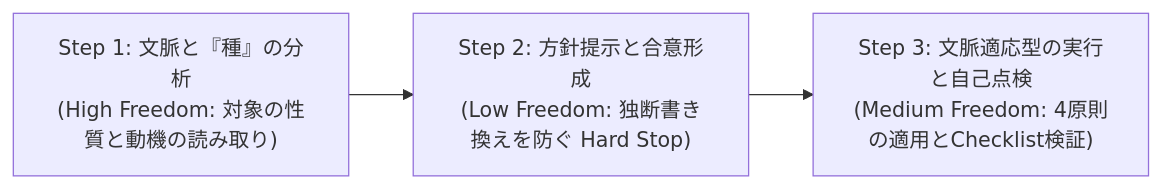
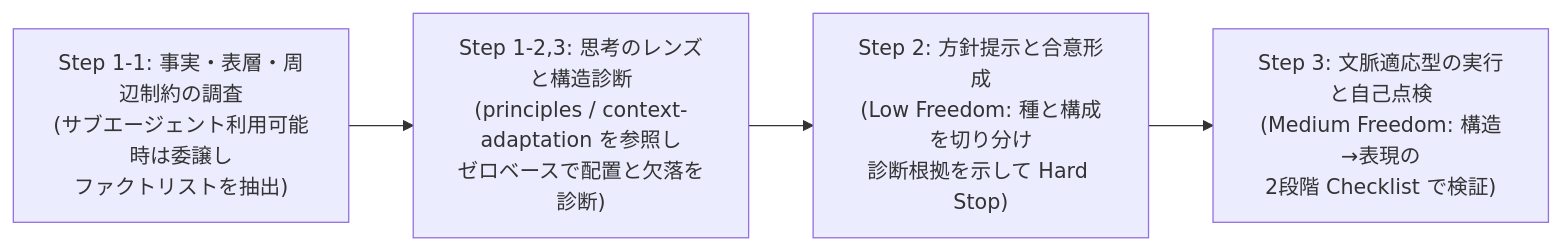
One commit to DovahkiinYuzuko/explorations-in-documentation changed the diagram in ARCHITECTURE.md. Above: the diagram before and after it, drawn with Mermaid. The commit also changed other lines of this file and 2 other files, not shown here.

First line of the commit message:
[fix] doc-refineスキルの表層化防止・責務分離とARCHITECTURE.md追従更新

````diff
--- a/ARCHITECTURE.md
+++ b/ARCHITECTURE.md
@@ -89,7 +89,8 @@
 ```mermaid
 flowchart LR
-    S1["Step 1: 文脈と『種』の分析<br>(High Freedom: 対象の性質と動機の読み取り)"]
-    S2["Step 2: 方針提示と合意形成<br>(Low Freedom: 独断書き換えを防ぐ Hard Stop)"]
-    S3["Step 3: 文脈適応型の実行と自己点検<br>(Medium Freedom: 4原則の適用とChecklist検証)"]
-    S1 --> S2 --> S3
+    S1A["Step 1-1: 事実・表層・周辺制約の調査<br>(サブエージェント利用可能時は委譲し<br>ファクトリストを抽出)"]
+    S1B["Step 1-2,3: 思考のレンズと構造診断<br>(principles / context-adaptation を参照し<br>ゼロベースで配置と欠落を診断)"]
+    S2["Step 2: 方針提示と合意形成<br>(Low Freedom: 種と構成を切り分け<br>診断根拠を示して Hard Stop)"]
+    S3["Step 3: 文脈適応型の実行と自己点検<br>(Medium Freedom: 構造→表現の<br>2段階 Checklist で検証)"]
+    S1A --> S1B --> S2 --> S3
 ```
````
